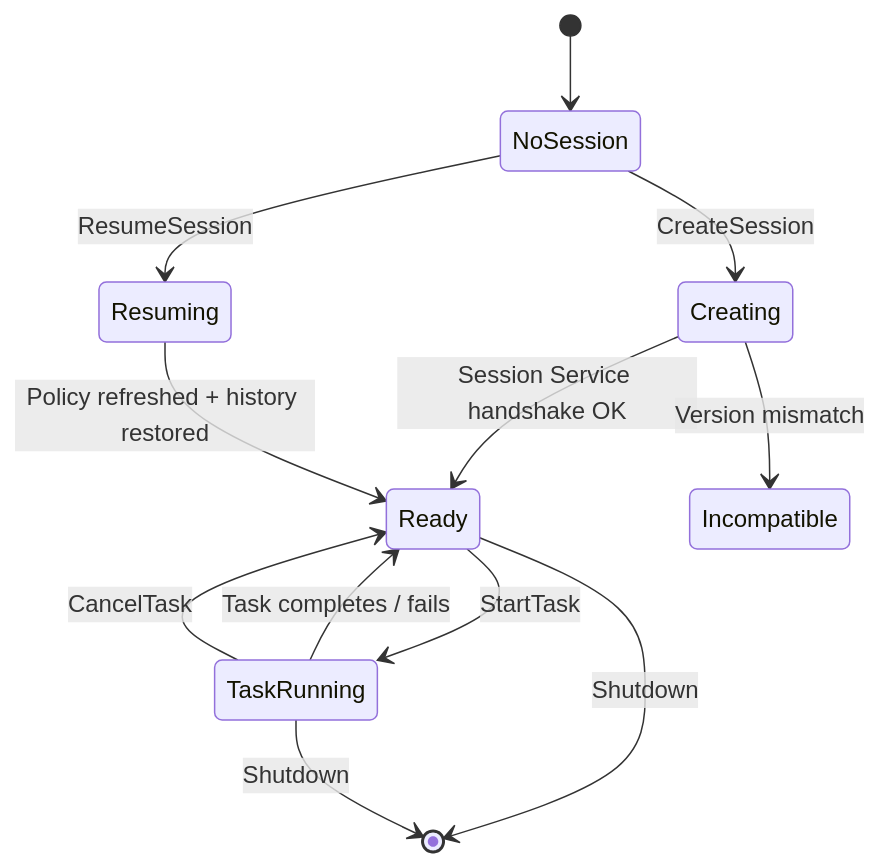
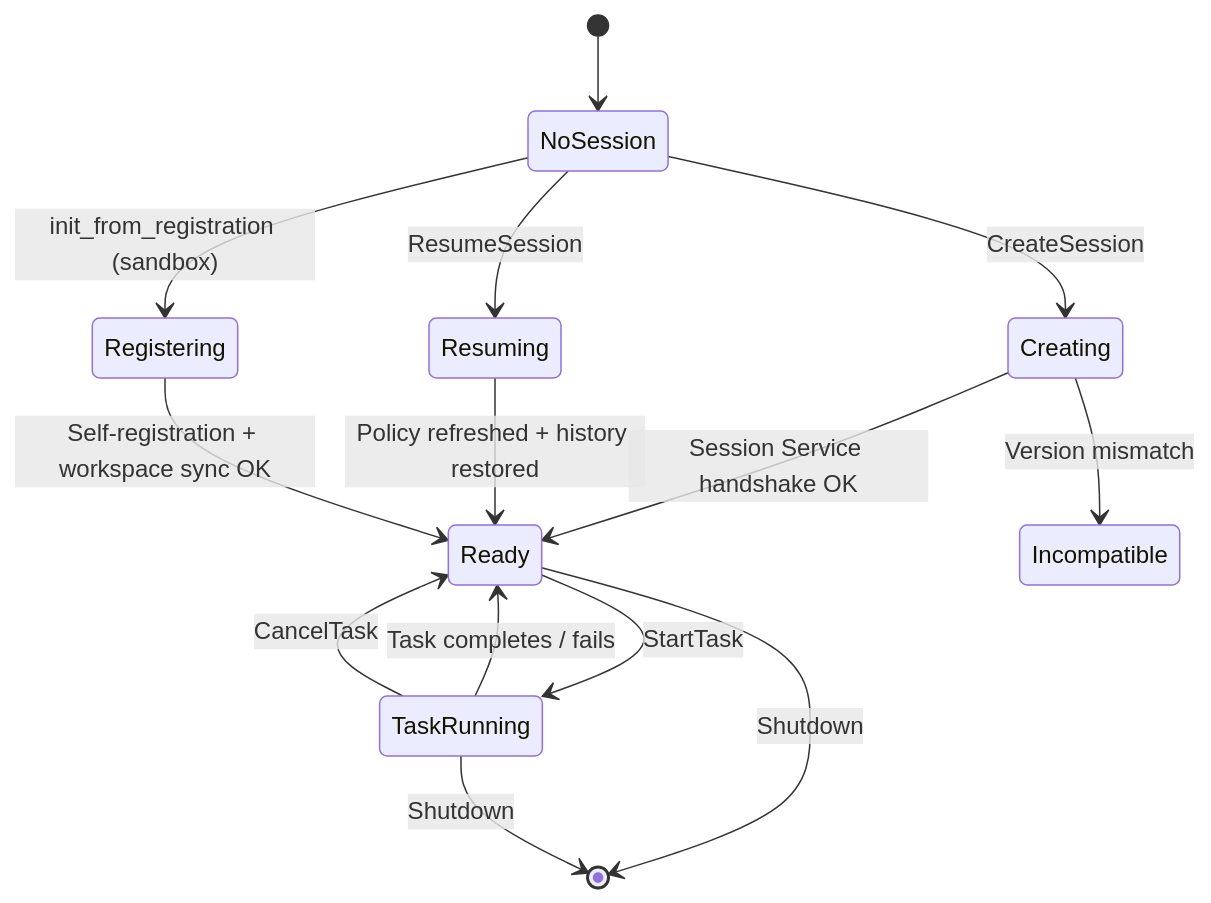
Before and after one commit to suman724/cowork-agent-runtime: the third of 24 diagrams in docs/agent-loop-architecture.md, drawn with Mermaid. The commit also changed other lines of this file, not shown here.

First line of the commit message:
docs: update agent-loop-architecture with sandbox mode and 4-source skills

````diff
--- a/docs/agent-loop-architecture.md
+++ b/docs/agent-loop-architecture.md
@@ -183,15 +200,18 @@
 ```mermaid
 stateDiagram-v2
     [*] --> NoSession
     NoSession --> Creating: CreateSession
     Creating --> Ready: Session Service handshake OK
     Creating --> Incompatible: Version mismatch
     Ready --> TaskRunning: StartTask
     TaskRunning --> Ready: Task completes / fails
     TaskRunning --> Ready: CancelTask
     Ready --> [*]: Shutdown
     TaskRunning --> [*]: Shutdown
 
     NoSession --> Resuming: ResumeSession
     Resuming --> Ready: Policy refreshed + history restored
+
+    NoSession --> Registering: init_from_registration (sandbox)
+    Registering --> Ready: Self-registration + workspace sync OK
 ```
````
